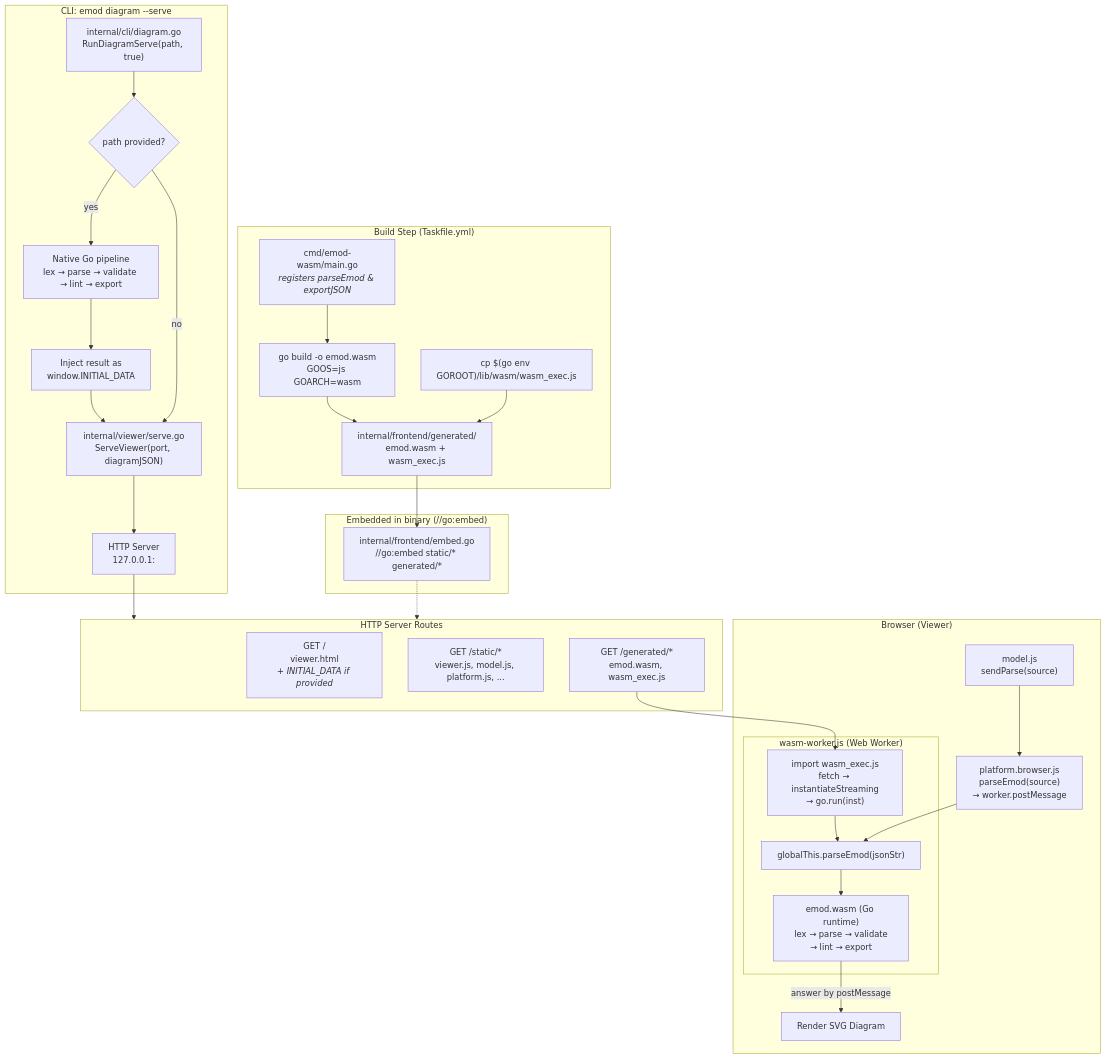
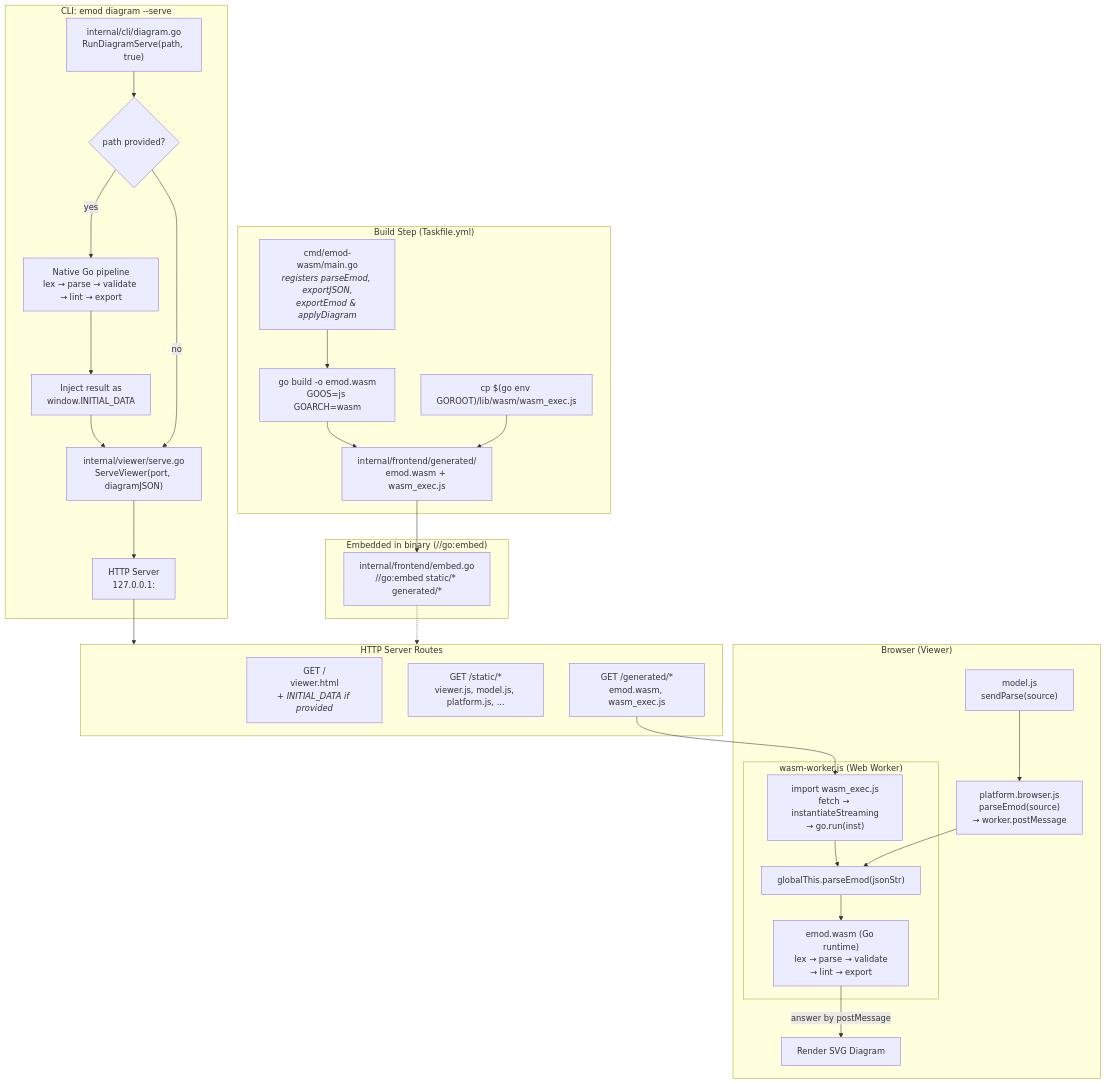
Before and after one commit to hpcsc/emod: the diagram in docs/wasm-architecture.md, drawn with Mermaid. The commit also changed other lines of this file and 14 other files, not shown here.

````diff
--- a/docs/wasm-architecture.md
+++ b/docs/wasm-architecture.md
@@ -3,56 +3,56 @@
 ```mermaid
 flowchart TB
     subgraph Build["Build Step (Taskfile.yml)"]
-        A["cmd/emod-wasm/main.go<br/><i>registers parseEmod &amp; exportJSON</i>"]
+        A["cmd/emod-wasm/main.go<br/><i>registers parseEmod, exportJSON,<br/>exportEmod &amp; applyDiagram</i>"]
         B["go build -o emod.wasm<br/>GOOS=js GOARCH=wasm"]
         C["cp $(go env GOROOT)/lib/wasm/wasm_exec.js"]
         D["internal/frontend/generated/<br/>emod.wasm + wasm_exec.js"]
         A --> B --> D
         C --> D
     end
 
     subgraph CLI["CLI: emod diagram --serve"]
         E["internal/cli/diagram.go<br/>RunDiagramServe(path, true)"]
         F{"path provided?"}
         G["Native Go pipeline<br/>lex → parse → validate → lint → export"]
         H["Inject result as<br/>window.INITIAL_DATA"]
         I["internal/viewer/serve.go<br/>ServeViewer(port, diagramJSON)"]
         J["HTTP Server<br/>127.0.0.1:<port>"]
 
         E --> F
         F -- yes --> G --> H --> I
         F -- no --> I
         I --> J
     end
 
     subgraph Server["HTTP Server Routes"]
         K["GET /<br/>viewer.html<br/><i>+ INITIAL_DATA if provided</i>"]
         L["GET /static/*<br/>viewer.js, model.js, platform.js, ..."]
         M["GET /generated/*<br/>emod.wasm, wasm_exec.js"]
     end
 
     J --> Server
 
     subgraph Browser["Browser (Viewer)"]
         O["model.js<br/>sendParse(source)"]
         P["platform.browser.js<br/>parseEmod(source)<br/>→ worker.postMessage"]
         subgraph Worker["wasm-worker.js (Web Worker)"]
             N["import wasm_exec.js<br/>fetch → instantiateStreaming<br/>→ go.run(inst)"]
             Q["globalThis.parseEmod(jsonStr)"]
             R["emod.wasm (Go runtime)<br/>lex → parse → validate<br/>→ lint → export"]
         end
         S["Render SVG Diagram"]
     end
 
     M --> N
     N --> Q
     O --> P --> Q --> R
     R -- "answer by postMessage" --> S
 
     subgraph Files["Embedded in binary (//go:embed)"]
         T["internal/frontend/embed.go<br/>//go:embed static/* generated/*"]
     end
 
     D --> T
     T -.-> Server
 ```
````
